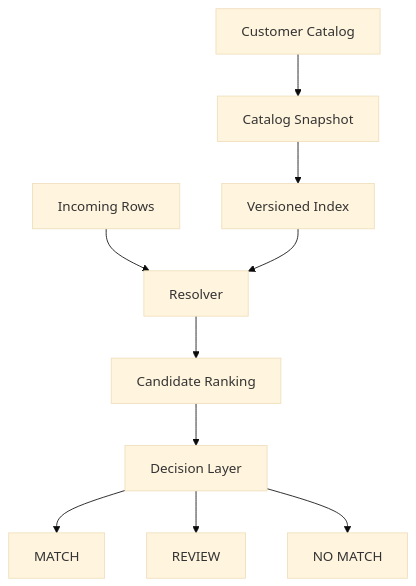
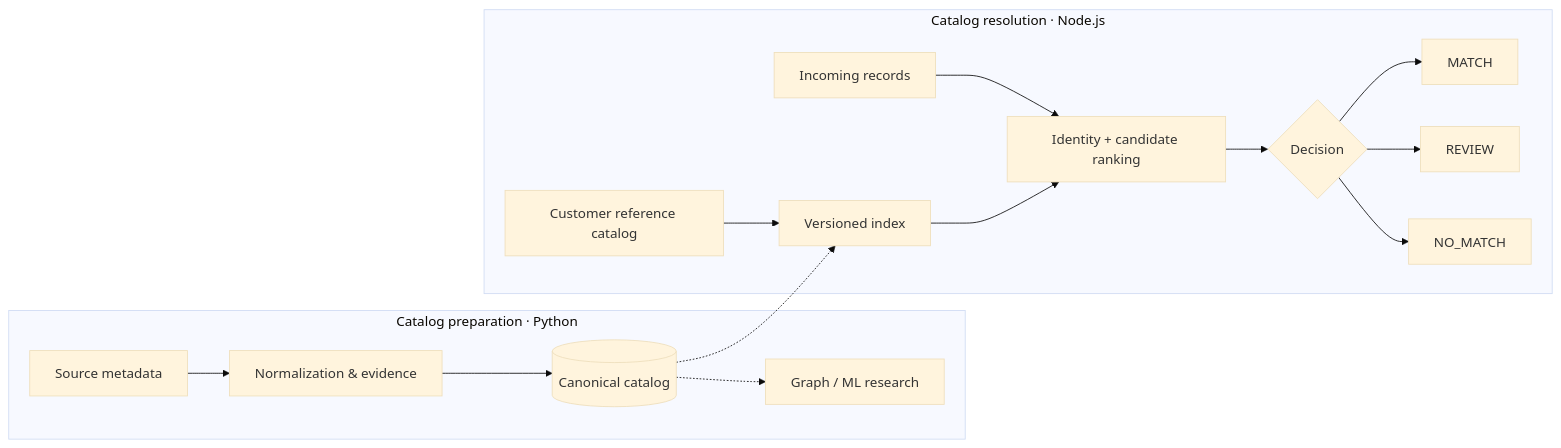
One commit to iveamm/catalogforge-showcase changed the diagram in docs/architecture.md. Above: the diagram before and after it, drawn with Mermaid (base theme). The commit also changed other lines of this file and 7 other files, not shown here.

Commit message:
Refine CatalogForge public overview and visual flow

````diff
--- a/docs/architecture.md
+++ b/docs/architecture.md
@@ -3,12 +5,18 @@
 ```mermaid
-flowchart TD
-    A[Customer Catalog] --> B[Catalog Snapshot]
-    B --> C[Versioned Index]
-    D[Incoming Rows] --> E[Resolver]
-    C --> E
-    E --> F[Candidate Ranking]
-    F --> G[Decision Layer]
-    G --> H[MATCH]
-    G --> I[REVIEW]
-    G --> J[NO MATCH]
+flowchart LR
+    subgraph Data["Catalog preparation · Python"]
+        A["Source metadata"] --> B["Normalization & evidence"]
+        B --> C[("Canonical catalog")]
+        C -.-> G["Graph / ML research"]
+    end
+    subgraph Match["Catalog resolution · Node.js"]
+        D["Customer reference catalog"] --> E["Versioned index"]
+        F["Incoming records"] --> R["Identity + candidate ranking"]
+        E --> R
+        R --> H{"Decision"}
+        H --> I["MATCH"]
+        H --> J["REVIEW"]
+        H --> K["NO_MATCH"]
+    end
+    C -.-> E
 ```
````
